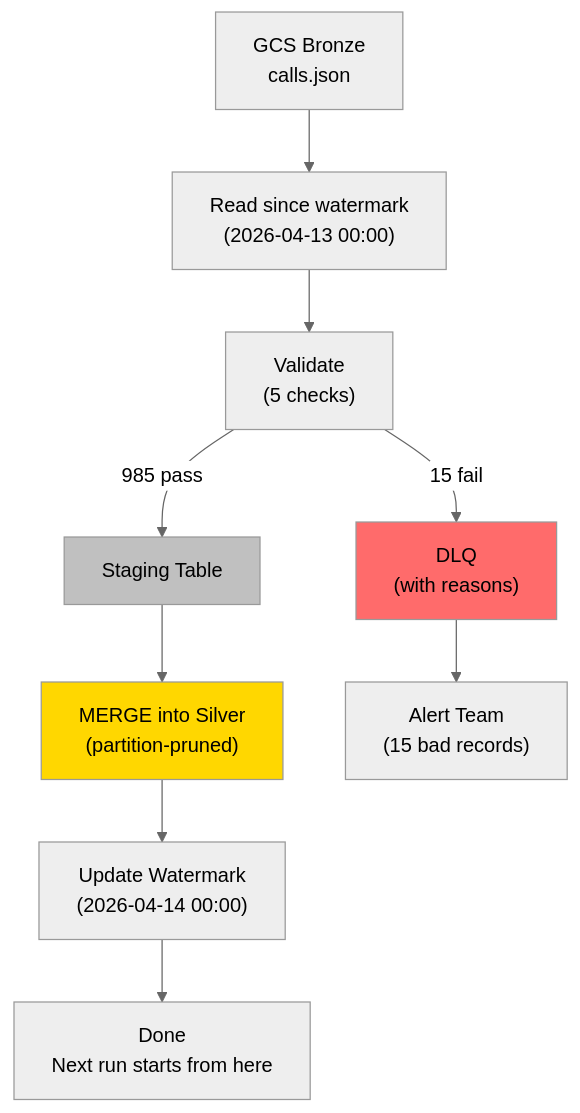
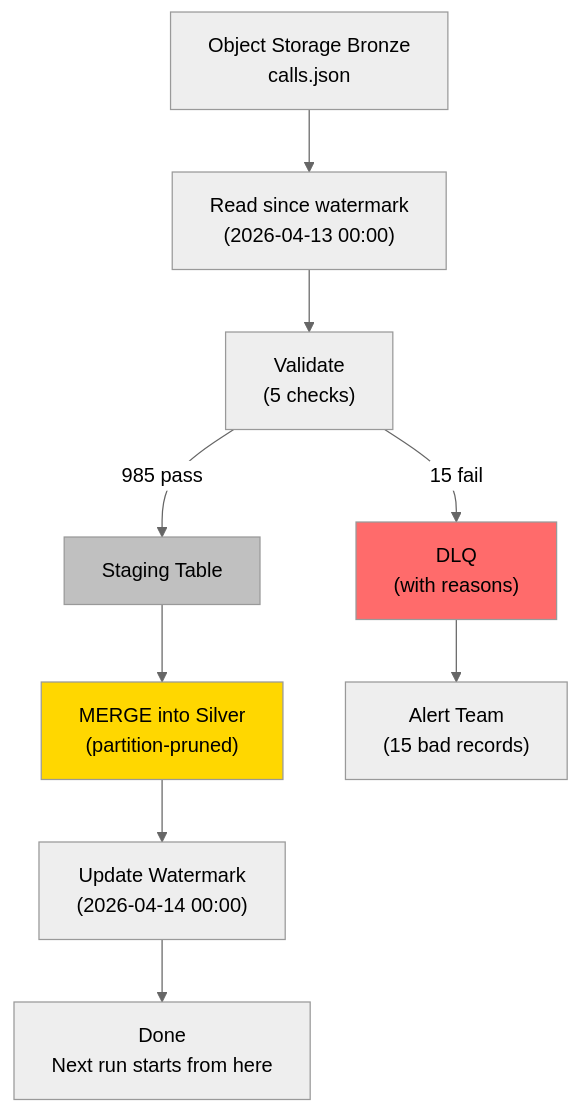
One commit to sunilmogadati/systems-in-production changed the second of 2 diagrams in playbooks/data/etl-patterns/05_Building_It.md. Above: the diagram before and after it, drawn with Mermaid (neutral theme). The commit also changed other lines of this file and 10 other files, not shown here.

````diff
--- a/playbooks/data/etl-patterns/05_Building_It.md
+++ b/playbooks/data/etl-patterns/05_Building_It.md
@@ -295,15 +304,15 @@
 ```mermaid
 graph TD
-    A["GCS Bronze<br/>calls.json"] --> B["Read since watermark<br/>(2026-04-13 00:00)"]
+    A["Object Storage Bronze<br/>calls.json"] --> B["Read since watermark<br/>(2026-04-13 00:00)"]
     B --> C["Validate<br/>(5 checks)"]
     C -->|"985 pass"| D["Staging Table"]
     C -->|"15 fail"| E["DLQ<br/>(with reasons)"]
     D --> F["MERGE into Silver<br/>(partition-pruned)"]
     F --> G["Update Watermark<br/>(2026-04-14 00:00)"]
     G --> H["Done<br/>Next run starts from here"]
     E --> I["Alert Team<br/>(15 bad records)"]
     
     style D fill:#c0c0c0
     style E fill:#ff6b6b
     style F fill:#ffd700
 ```
````
